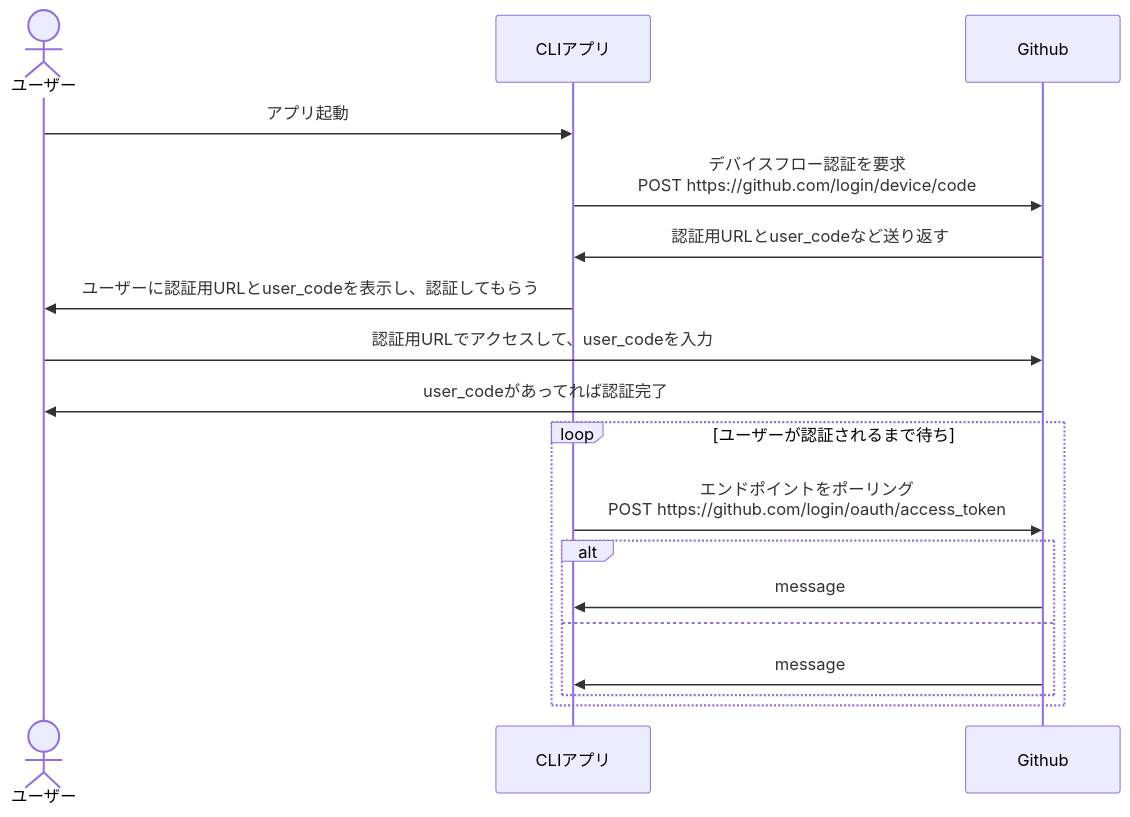
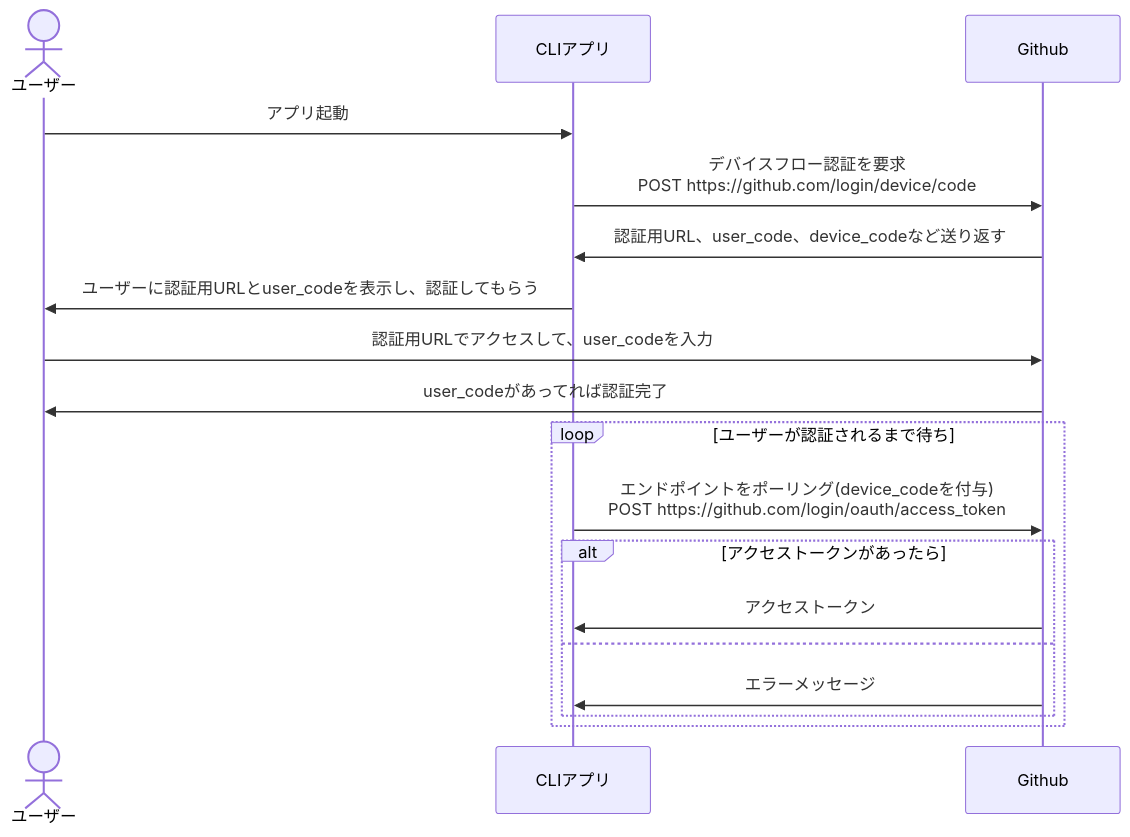
The diagram in memo.md (tkeshun/deviceflow-prac), drawn with Mermaid before and after one commit. The commit also changed 2 other files, not shown here.

````diff
--- a/memo.md
+++ b/memo.md
@@ -1,20 +1,20 @@
 ```mermaid
 sequenceDiagram
   actor line_1 as ユーザー
   participant line_2 as CLIアプリ
   participant line_3 as Github
   line_1 ->> line_2: アプリ起動
   line_2 ->> line_3: デバイスフロー認証を要求<br>POST https://github.com/login/device/code
-  line_3 ->> line_2: 認証用URLとuser_codeなど送り返す
+  line_3 ->> line_2: 認証用URL、user_code、device_codeなど送り返す
   line_2 ->> line_1: ユーザーに認証用URLとuser_codeを表示し、認証してもらう
   line_1 ->> line_3: 認証用URLでアクセスして、user_codeを入力
   line_3 ->> line_1: user_codeがあってれば認証完了
   loop ユーザーが認証されるまで待ち
-    line_2 ->> line_3: エンドポイントをポーリング<br>POST https://github.com/login/oauth/access_token
-    alt
-      line_3 ->> line_2: message
-    else
-      line_3 ->> line_2: message
+    line_2 ->> line_3: エンドポイントをポーリング(device_codeを付与)<br>POST https://github.com/login/oauth/access_token
+    alt アクセストークンがあったら
+      line_3 ->> line_2: アクセストークン
+    else  
+      line_3 ->> line_2: エラーメッセージ
     end
   end
 ```
````
